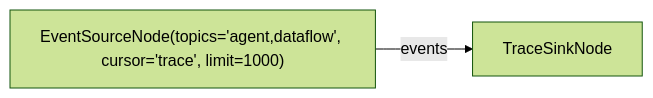
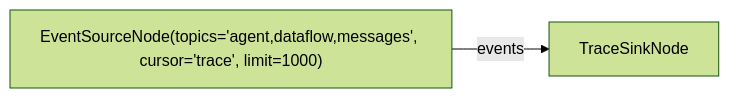
The diagram in extension/rag3weaver/templates/trace.mmd (L-Defraiteur/rag3db), drawn with Mermaid (forest theme) before and after one commit. The commit also changed 11 other files, not shown here.

```diff
--- a/extension/rag3weaver/templates/trace.mmd
+++ b/extension/rag3weaver/templates/trace.mmd
@@ -1,10 +1,10 @@
-%% Le graphe de trace : draine les sujets `agent` et `dataflow` du bus, écrit
-%% dans l'entité Trace. Services attendus : "events" (Arc<EventBus>, le bus à
+%% Le graphe de trace : draine les sujets `agent`, `dataflow` et `messages` du
+%% bus, écrit dans Trace (à plat) et dans Run / Message (liés). Services attendus : "events" (Arc<EventBus>, le bus à
 %% lire — pas "event_bus", sinon ce runtime publierait ses propres nœuds sur
 %% `dataflow` et se retracerait) et "catalog". Le curseur 'trace' doit être
 %% ouvert (bus.cursor(topic, 'trace')) avant ce qu'on veut observer.
 graph LR
-    events["EventSourceNode(topics='agent,dataflow', cursor='trace', limit=1000)"]
+    events["EventSourceNode(topics='agent,dataflow,messages', cursor='trace', limit=1000)"]
     sink["TraceSinkNode"]
 
     events -->|events| sink
```
